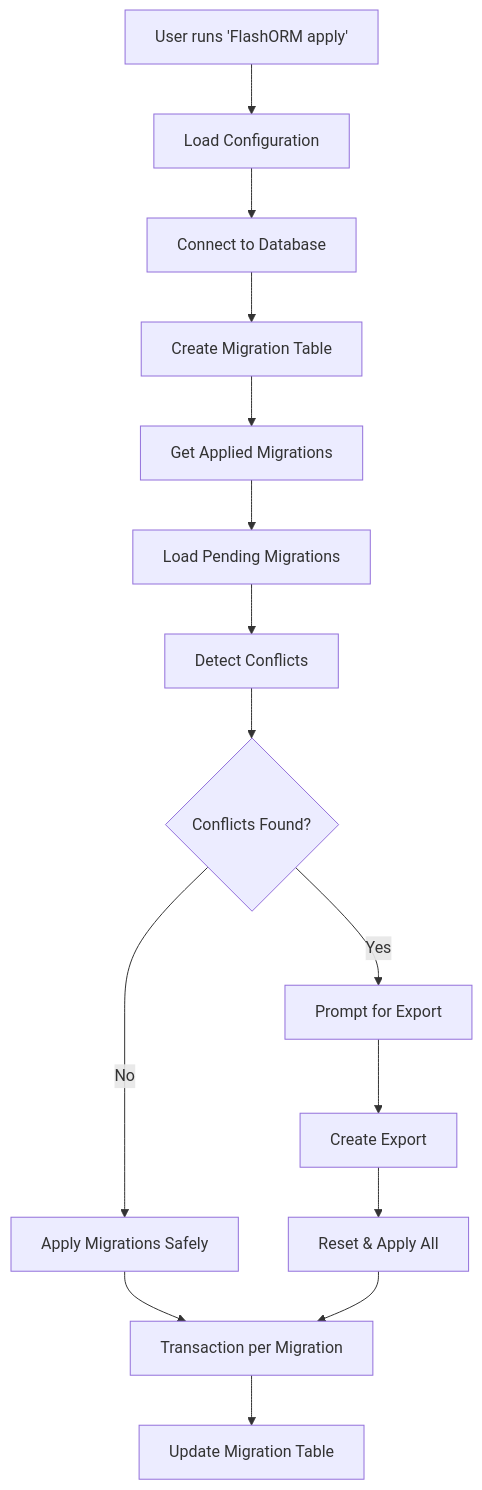
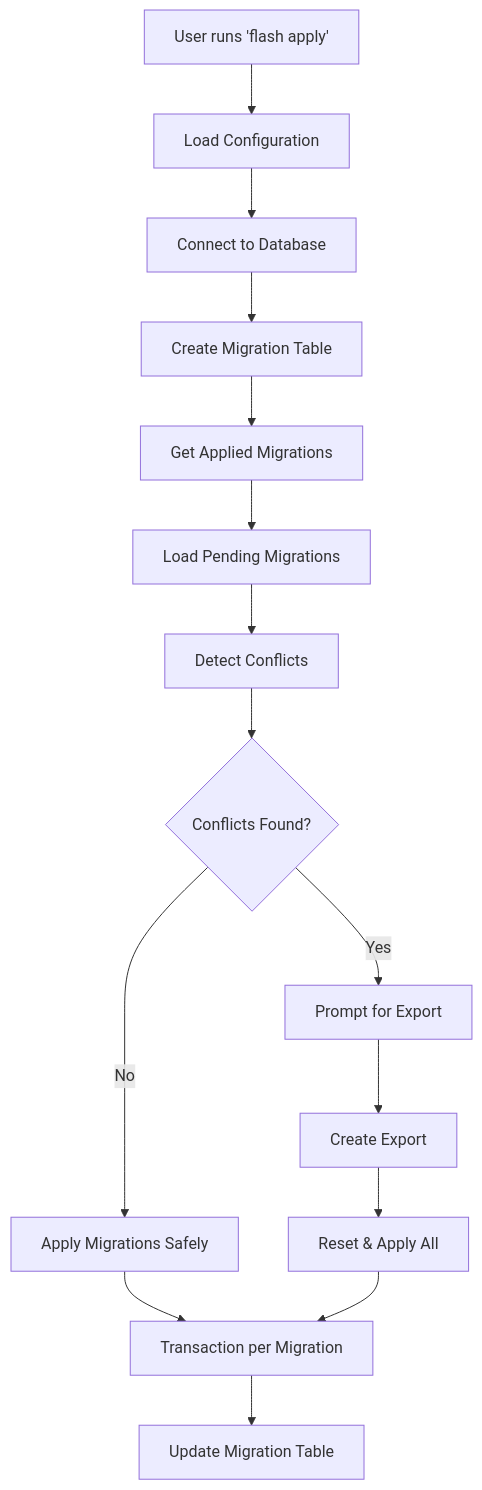
The second of 2 diagrams in docs/HOW_IT_WORKS.md (rosab0506/flash), drawn with Mermaid before and after one commit. The commit also changed other lines of this file and 5 other files, not shown here.

````diff
--- a/docs/HOW_IT_WORKS.md
+++ b/docs/HOW_IT_WORKS.md
@@ -271,17 +271,17 @@
 ```mermaid
 graph TD
-    A[User runs 'FlashORM apply'] --> B[Load Configuration]
+    A[User runs 'flash apply'] --> B[Load Configuration]
     B --> C[Connect to Database]
     C --> D[Create Migration Table]
     D --> E[Get Applied Migrations]
     E --> F[Load Pending Migrations]
     F --> G[Detect Conflicts]
     G --> H{Conflicts Found?}
     H -->|Yes| I[Prompt for Export]
     H -->|No| J[Apply Migrations Safely]
     I --> K[Create Export]
     K --> L[Reset & Apply All]
     J --> M[Transaction per Migration]
     L --> M
     M --> N[Update Migration Table]
 ```
````
